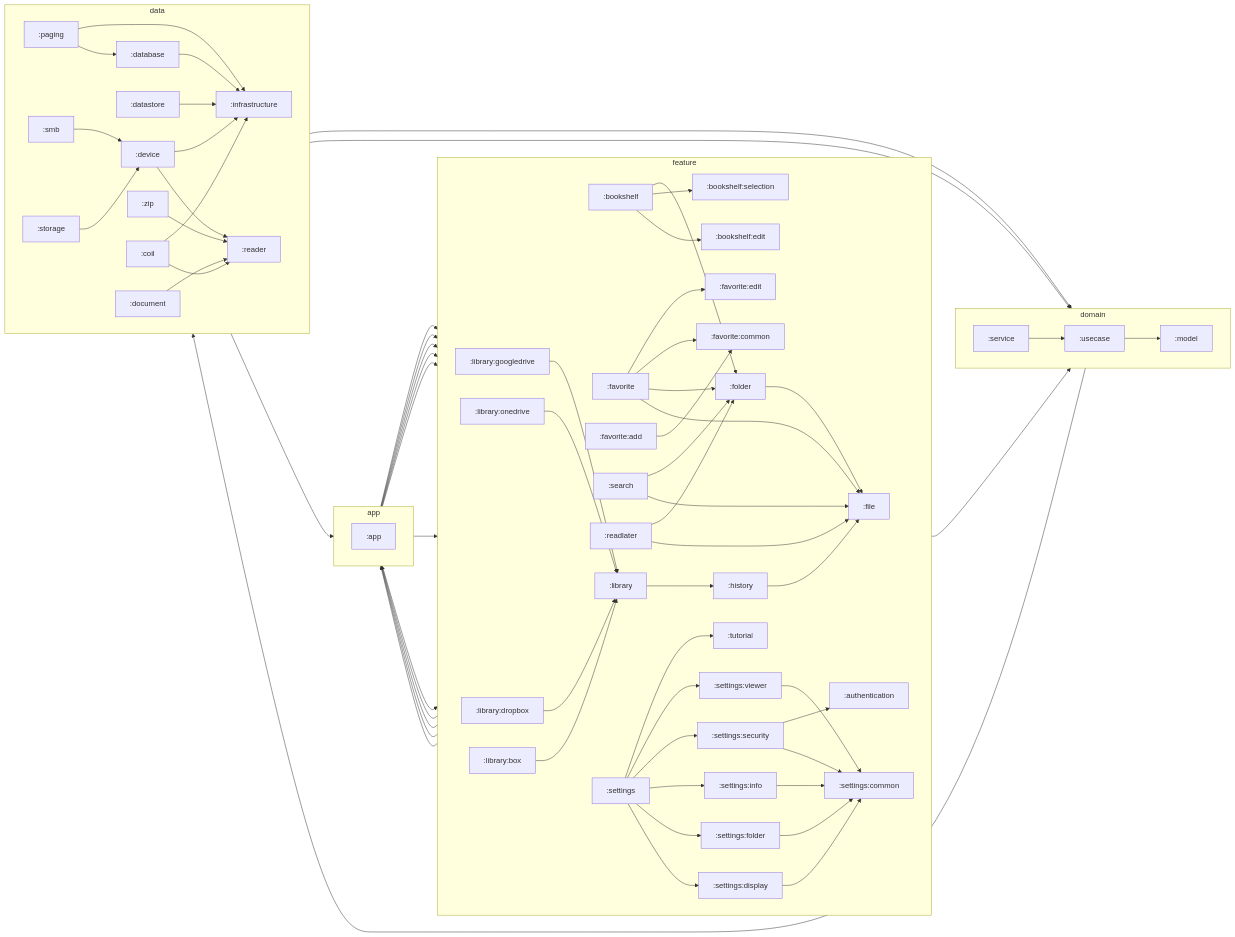
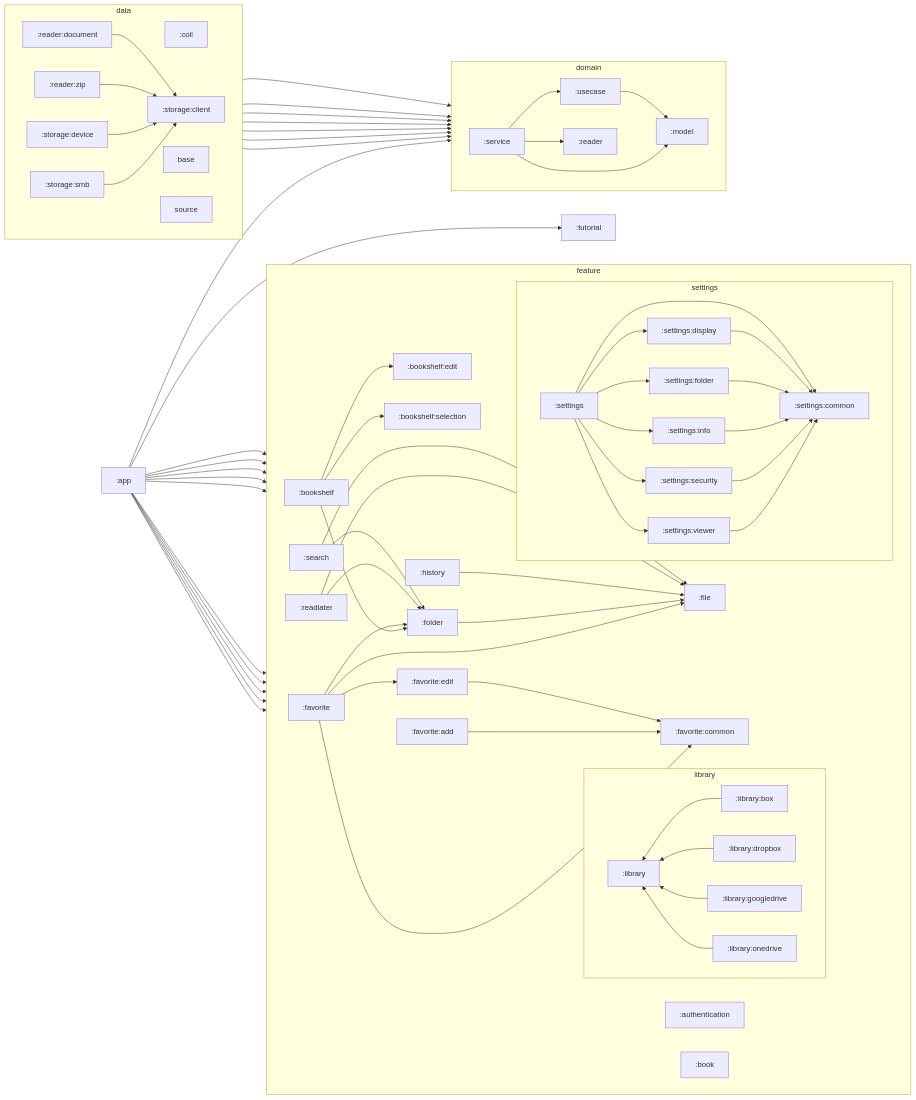
One commit to SorrowBlue/ComicViewer changed the second of 2 diagrams in README.md. Above: the diagram before and after it, drawn with Mermaid. The commit also changed other lines of this file and 31 other files, not shown here.

````diff
--- a/README.md
+++ b/README.md
@@ -118,80 +97,79 @@
 ```mermaid
 graph LR
+    :app --> :usecase
+    :app --> :authentication
+    :app --> :book
+    :app --> :bookshelf
+    :app --> :favorite
+    :app --> :favorite:add
+    :app --> :readlater
+    :app --> :search
+    :app --> settings
+    :app --> :settings:security
+    :app --> :tutorial
+    :app --> library
     subgraph feature
         direction LR
+        :authentication
+        :authentication
+        :book
         :bookshelf --> :bookshelf:edit
         :bookshelf --> :bookshelf:selection
         :bookshelf --> :folder
         :favorite --> :file
         :favorite --> :folder
+        :favorite --> :favorite:edit
         :favorite --> :favorite:common
-        :favorite --> :favorite:edit
         :favorite:add --> :favorite:common
+        :favorite:edit --> :favorite:common
+        :folder --> :file
+        :history --> :file
+
+        subgraph library
+            direction RL
+            :library:box --> :library
+            :library:dropbox --> :library
+            :library:googledrive --> :library
+            :library:onedrive --> :library
+        end
+        :readlater --> :file
+        :readlater --> :folder
         :search --> :file
         :search --> :folder
-        :readlater --> :file
-        :readlater --> :folder
-        :folder --> :file
-        :history --> :file
-        :library --> :history
-        :library:googledrive --> :library
-        :library:onedrive --> :library
-        :library:dropbox --> :library
-        :library:box --> :library
-        :settings --> :settings:display
-        :settings --> :settings:folder
-        :settings --> :settings:info
-        :settings --> :settings:security
-        :settings --> :settings:viewer
-        :settings:display --> :settings:common
-        :settings:folder --> :settings:common
-        :settings:info --> :settings:common
-        :settings:security --> :settings:common
-        :settings:viewer --> :settings:common
-        :settings:security --> :authentication
-        :settings --> :tutorial
+        subgraph settings
+            direction LR
+            :settings --> :settings:common
+            :settings --> :settings:display
+            :settings --> :settings:folder
+            :settings --> :settings:info
+            :settings --> :settings:security
+            :settings --> :settings:viewer
+            :settings:display --> :settings:common
+            :settings:folder --> :settings:common
+            :settings:info --> :settings:common
+            :settings:security --> :settings:common
+            :settings:viewer --> :settings:common
+        end
     end
-    subgraph app
-        direction LR
-        :app --> :bookshelf
-        :app --> :favorite
-        :app --> :library
-        :app --> :readlater
-        :app --> :search
-        :app --> :authentication
-        :app --> :tutorial
-    end
-    feature --> domain
     subgraph domain
         direction LR
+        :usecase --> :model
+        :service --> :model
         :service --> :usecase
-        :usecase --> :model
-    end
-    subgraph feature
-        direction LR
-        :tutorial
-        :library:googledrive --> :app
-        :library:onedrive --> :app
-        :library:dropbox --> :app
-        :library:box --> :app
+        :service --> :reader
     end
     subgraph data
         direction LR
-        :infrastructure --> :usecase
-        :infrastructure --> :model
-        :service --> :infrastructure
-        :coil --> :infrastructure
+        :coil --> :service
         :coil --> :reader
-        :document --> :reader
-        :document --> :app
-        :zip --> :reader
-        :device --> :infrastructure
-        :device --> :reader
-        :storage --> :device
-        :smb --> :device
-        :datastore --> :infrastructure
-        :database --> :infrastructure
-        :paging --> :infrastructure
-        :paging --> :database
+        base --> :service
+        source --> :service
+        :reader:document --> :storage:client
+        :reader:zip --> :storage:client
+        :storage:client --> :service
+        :storage:client --> :model
+        :storage:client --> :reader
+        :storage:device --> :storage:client
+        :storage:smb --> :storage:client
     end
 ```
````
